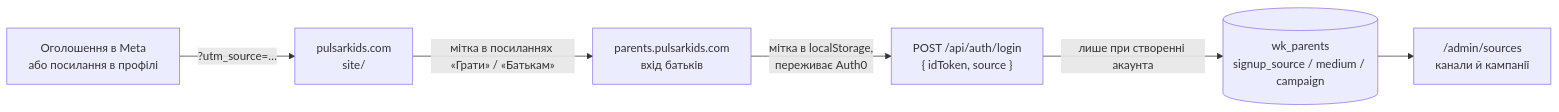
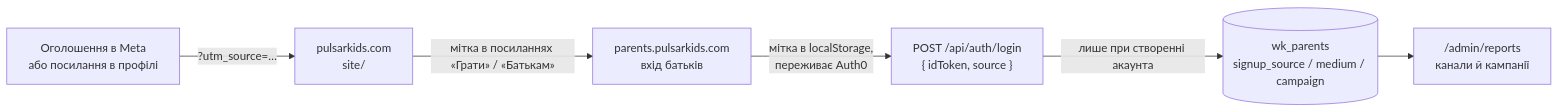
Before and after one commit to yuriiluchyshyn/wonderkids: the diagram in docs/marketing.md, drawn with Mermaid. The commit also changed other lines of this file and 8 other files, not shown here.

````diff
--- a/docs/marketing.md
+++ b/docs/marketing.md
@@ -17,8 +17,8 @@
 ```mermaid
 flowchart LR
   Ad["Оголошення в Meta<br/>або посилання в профілі"] -- "?utm_source=…" --> Landing["pulsarkids.com<br/>site/"]
   Landing -- "мітка в посиланнях «Грати» / «Батькам»" --> App["parents.pulsarkids.com<br/>вхід батьків"]
   App -- "мітка в localStorage,<br/>переживає Auth0" --> Login["POST /api/auth/login<br/>{ idToken, source }"]
   Login -- "лише при створенні акаунта" --> DB[("wk_parents<br/>signup_source / medium / campaign")]
-  DB --> Admin["/admin/sources<br/>канали й кампанії"]
+  DB --> Admin["/admin/reports<br/>канали й кампанії"]
 ```
````
